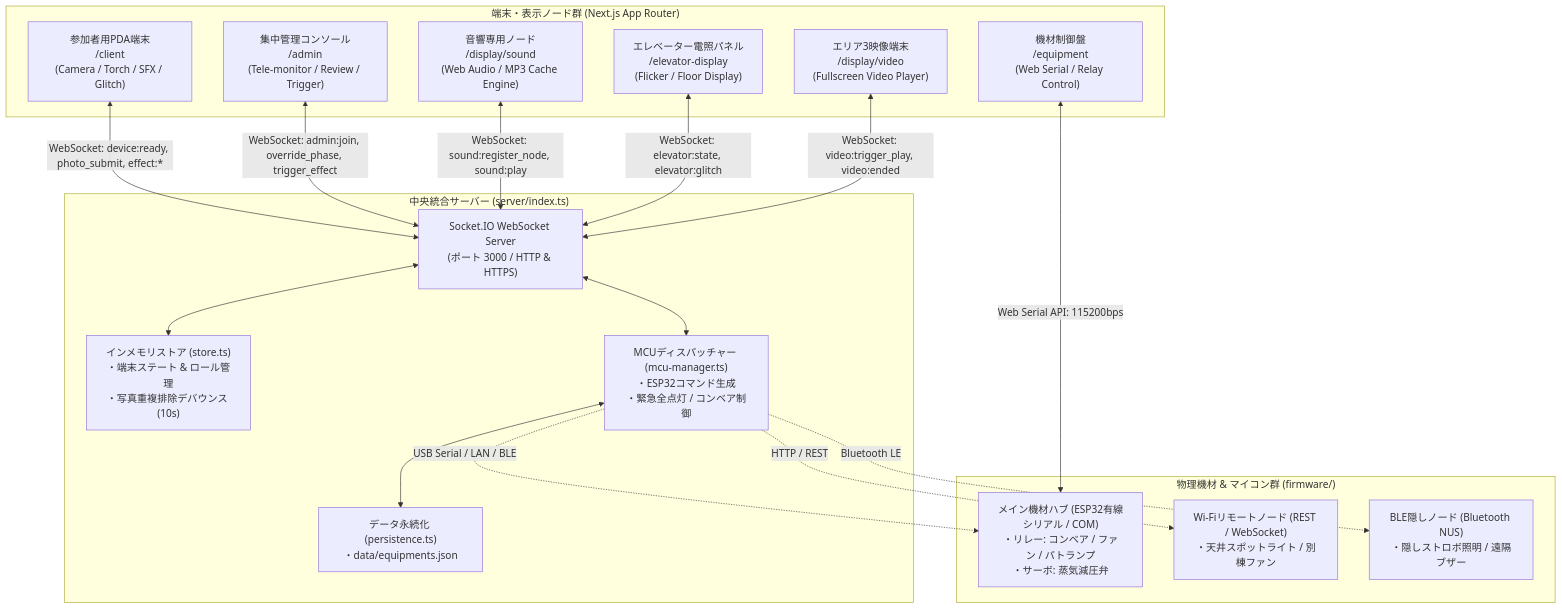
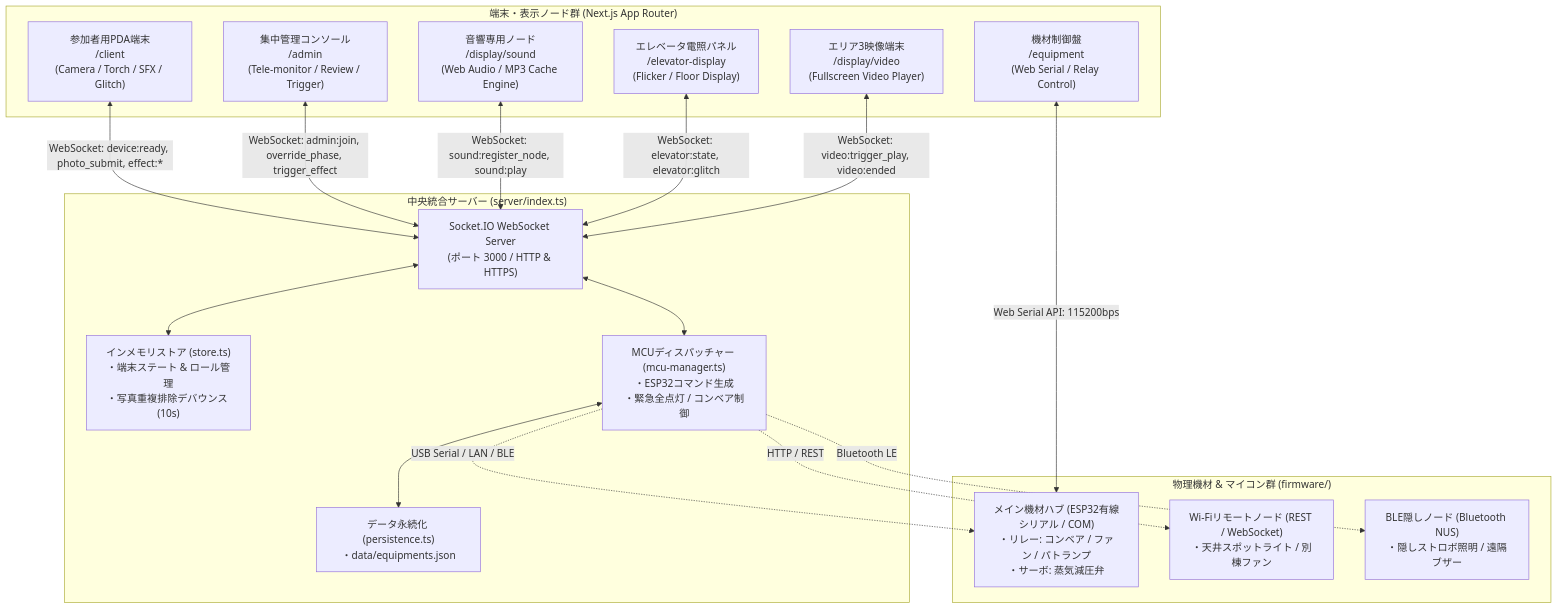
The diagram in README.md (shikunaku/2026gionsai2), drawn with Mermaid before and after one commit. The commit also changed other lines of this file and 24 other files, not shown here.

````diff
--- a/README.md
+++ b/README.md
@@ -14,38 +14,38 @@
 ```mermaid
 graph TD
     subgraph Clients["端末・表示ノード群 (Next.js App Router)"]
         PDA["参加者用PDA端末<br/>/client<br/>(Camera / Torch / SFX / Glitch)"]
         Admin["集中管理コンソール<br/>/admin<br/>(Tele-monitor / Review / Trigger)"]
         SoundNode["音響専用ノード<br/>/display/sound<br/>(Web Audio / MP3 Cache Engine)"]
-        ElevatorDisp["エレベーター電照パネル<br/>/elevator-display<br/>(Flicker / Floor Display)"]
+        ElevatorDisp["エレベータ電照パネル<br/>/elevator-display<br/>(Flicker / Floor Display)"]
         VideoDisp["エリア3映像端末<br/>/display/video<br/>(Fullscreen Video Player)"]
         EquipPanel["機材制御盤<br/>/equipment<br/>(Web Serial / Relay Control)"]
     end
 
     subgraph Server["中央統合サーバー (server/index.ts)"]
         SocketServer["Socket.IO WebSocket Server<br/>(ポート 3000 / HTTP & HTTPS)"]
         Store["インメモリストア (store.ts)<br/>・端末ステート & ロール管理<br/>・写真重複排除デバウンス (10s)"]
         McuMgr["MCUディスパッチャー (mcu-manager.ts)<br/>・ESP32コマンド生成<br/>・緊急全点灯 / コンベア制御"]
         Persistence["データ永続化 (persistence.ts)<br/>・data/equipments.json"]
     end
 
     subgraph Hardware["物理機材 & マイコン群 (firmware/)"]
         ESP_Main["メイン機材ハブ (ESP32有線シリアル / COM)<br/>・リレー: コンベア / ファン / パトランプ<br/>・サーボ: 蒸気減圧弁"]
         ESP_WiFi["Wi-Fiリモートノード (REST / WebSocket)<br/>・天井スポットライト / 別棟ファン"]
         ESP_BLE["BLE隠しノード (Bluetooth NUS)<br/>・隠しストロボ照明 / 遠隔ブザー"]
     end
 
     PDA <-->|WebSocket: device:ready, photo_submit, effect:*| SocketServer
     Admin <-->|WebSocket: admin:join, override_phase, trigger_effect| SocketServer
     SoundNode <-->|WebSocket: sound:register_node, sound:play| SocketServer
     ElevatorDisp <-->|WebSocket: elevator:state, elevator:glitch| SocketServer
     VideoDisp <-->|WebSocket: video:trigger_play, video:ended| SocketServer
     EquipPanel <-->|Web Serial API: 115200bps| ESP_Main
 
     SocketServer <--> Store
     SocketServer <--> McuMgr
     McuMgr <--> Persistence
     McuMgr -.->|USB Serial / LAN / BLE| ESP_Main
     McuMgr -.->|HTTP / REST| ESP_WiFi
     McuMgr -.->|Bluetooth LE| ESP_BLE
 ```
````
